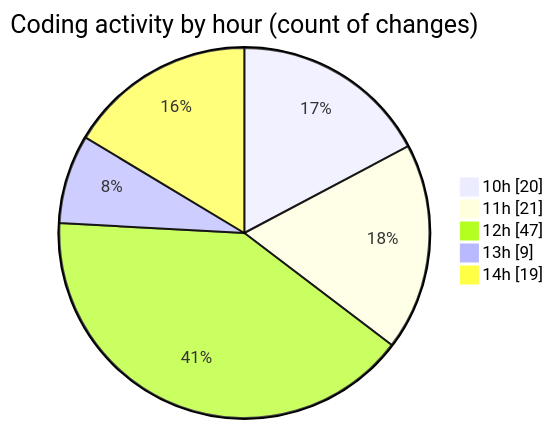
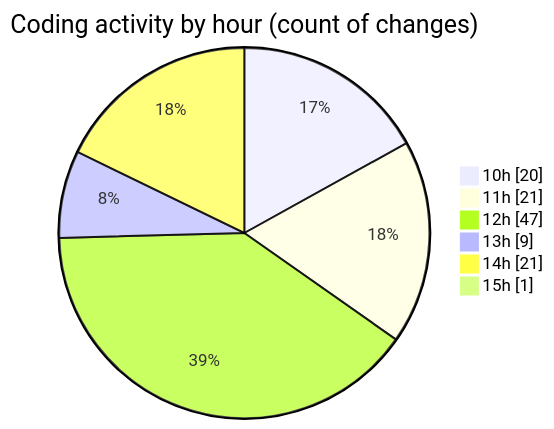
One commit to momahboobian/code-tracking changed the second of 2 diagrams in 2025-05-20/cda/README.md. Above: the diagram before and after it, drawn with Mermaid. The commit also changed other lines of this file and 1 other file, not shown here.

````diff
--- a/2025-05-20/cda/README.md
+++ b/2025-05-20/cda/README.md
@@ -49,9 +49,10 @@
 ```mermaid
 pie showData
 title Coding activity by hour (count of changes)
 "10h" : 20
 "11h" : 21
 "12h" : 47
 "13h" : 9
-"14h" : 19
+"14h" : 21
+"15h" : 1
 ```
````
